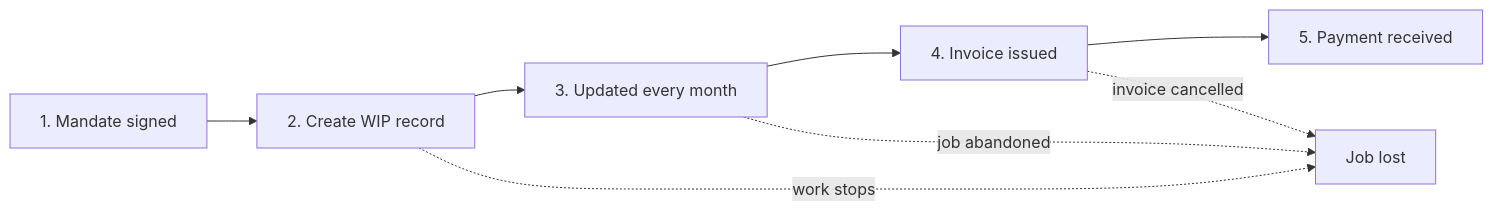
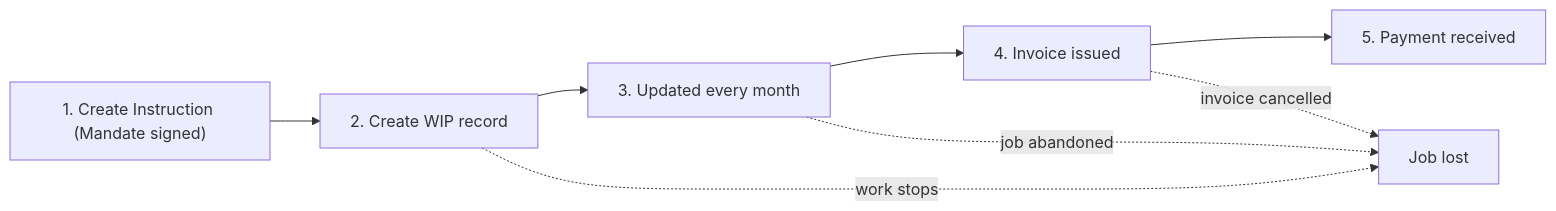
The diagram in POC-EuroWIP-Vault/wiki/wip-simple-workflow.md (newportg/POC-EuroWIP), drawn with Mermaid before and after one commit. The commit also changed other lines of this file and 5 other files, not shown here.

````diff
--- a/POC-EuroWIP-Vault/wiki/wip-simple-workflow.md
+++ b/POC-EuroWIP-Vault/wiki/wip-simple-workflow.md
@@ -18,10 +18,10 @@
 ```mermaid
 flowchart LR
-    A["1. Mandate signed"] --> B["2. Create WIP record"]
+    A["1. Create Instruction (Mandate signed)"] --> B["2. Create WIP record"]
     B --> C["3. Updated every month"]
     C --> D["4. Invoice issued"]
     D --> E["5. Payment received"]
     B -.->|"work stops"| L["Job lost"]
     C -.->|"job abandoned"| L
     D -.->|"invoice cancelled"| L
 ```
````
